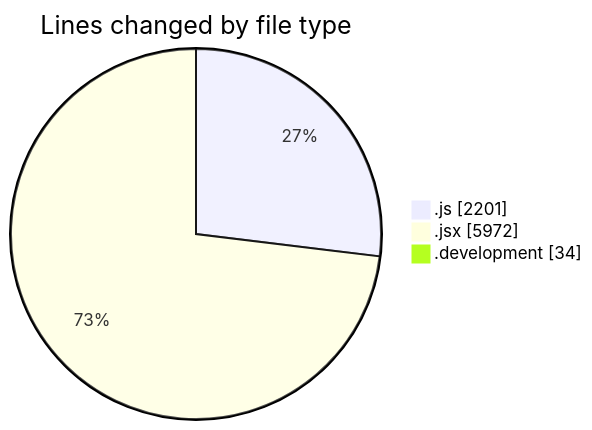
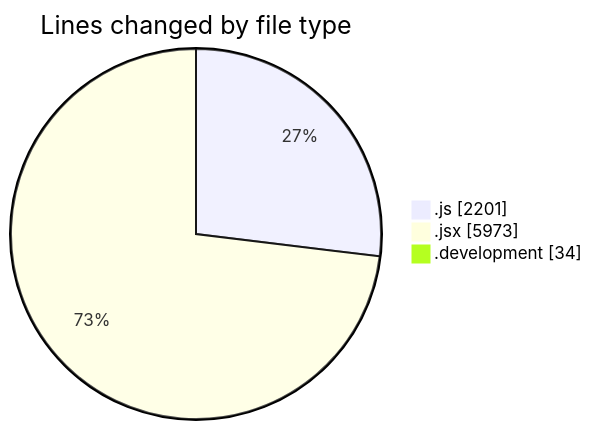
One commit to nxtqubesakshisongat/code-tracking changed the first of 2 diagrams in 2025-09-18/nxtqube_webapp/README.md. Above: the diagram before and after it, drawn with Mermaid. The commit also changed other lines of this file and 1 other file, not shown here.

````diff
--- a/2025-09-18/nxtqube_webapp/README.md
+++ b/2025-09-18/nxtqube_webapp/README.md
@@ -38,7 +38,7 @@
 ```mermaid
 pie showData
 title Lines changed by file type
 ".js" : 2201
-".jsx" : 5972
+".jsx" : 5973
 ".development" : 34
 ```
````
